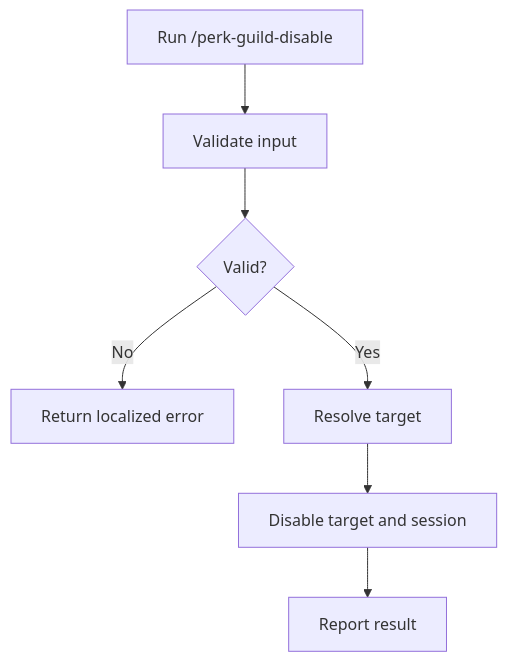
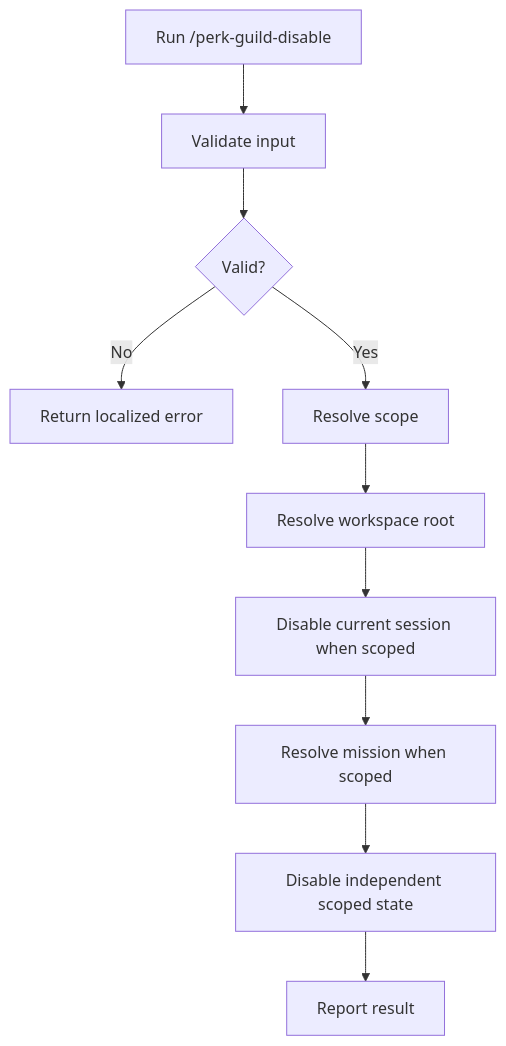
The diagram in packages/workspace-agent-perk-guild/.apm/prompts/perk-guild-disable.prompt.md (elu697/agent-skills), drawn with Mermaid before and after one commit. The commit also changed other lines of this file and 19 other files, not shown here.

Commit message:
Add visible guild roles and scoped session state.

````diff
--- a/packages/workspace-agent-perk-guild/.apm/prompts/perk-guild-disable.prompt.md
+++ b/packages/workspace-agent-perk-guild/.apm/prompts/perk-guild-disable.prompt.md
@@ -67,9 +117,12 @@
 ```mermaid
 flowchart TD
     Start["Run /perk-guild-disable"] --> Validate["Validate input"]
     Validate --> Valid{"Valid?"}
     Valid -->|No| Abort["Return localized error"]
-    Valid -->|Yes| Target["Resolve target"]
-    Target --> Disable["Disable target and session"]
+    Valid -->|Yes| Scope["Resolve scope"]
+    Scope --> Root["Resolve workspace root"]
+    Root --> Session["Disable current session when scoped"]
+    Session --> Target["Resolve mission when scoped"]
+    Target --> Disable["Disable independent scoped state"]
     Disable --> Done["Report result"]
 ```
````
